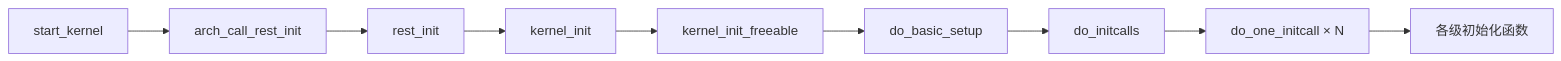
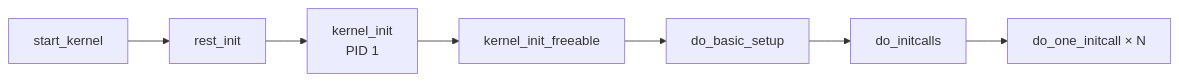
The second of 2 diagrams in docs/02-核心机制深度解析/第7章 启动链深度解析/7.5.3_initcalls_八级初始化机制.md (xiaohong0925/Embedded_Knowledge_System_V2026), drawn with Mermaid before and after one commit. The commit also changed other lines of this file and 20 other files, not shown here.

````diff
--- a/docs/02-核心机制深度解析/第7章 启动链深度解析/7.5.3_initcalls_八级初始化机制.md
+++ b/docs/02-核心机制深度解析/第7章 启动链深度解析/7.5.3_initcalls_八级初始化机制.md
@@ -237,11 +129,9 @@
 ```mermaid
 flowchart LR
-    A[start_kernel] --> B[arch_call_rest_init]
-    B --> C[rest_init]
-    C --> D[kernel_init]
-    D --> E[kernel_init_freeable]
-    E --> F[do_basic_setup]
-    F --> G[do_initcalls]
-    G --> H[do_one_initcall × N]
-    H --> I[各级初始化函数]
+    A[start_kernel] --> B[rest_init]
+    B --> C[kernel_init<br/>PID 1]
+    C --> D[kernel_init_freeable]
+    D --> E[do_basic_setup]
+    E --> F[do_initcalls]
+    F --> G[do_one_initcall × N]
 ```
````
